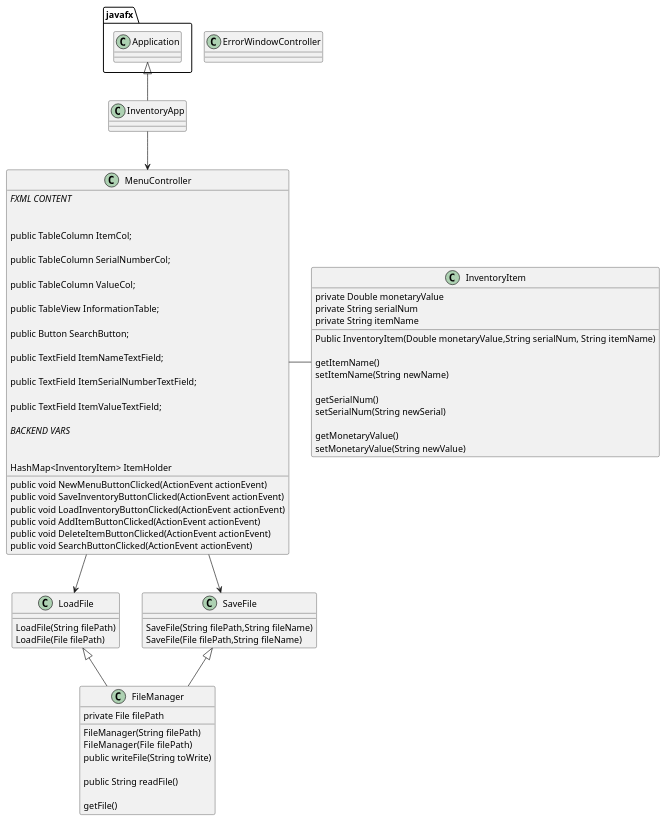
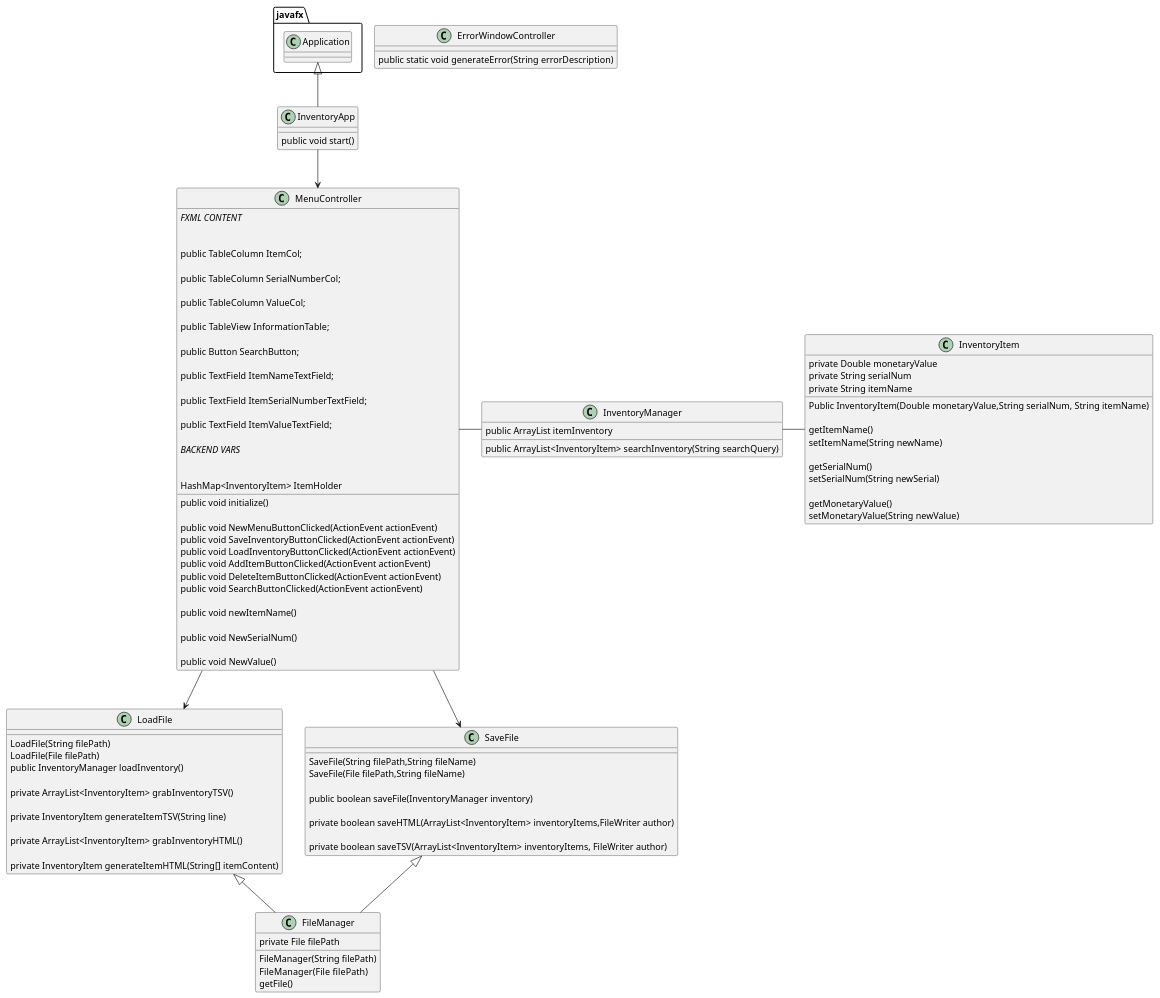
One commit to KevinKant210/Kant-6125-a5 changed the diagram in UML Diagram/Class Structures.puml. Above: the diagram before and after it, drawn with PlantUML. The commit also changed 5 other files, not shown here.

```diff
--- a/UML Diagram/Class Structures.puml
+++ b/UML Diagram/Class Structures.puml
@@ -1,124 +1,150 @@
 @startuml
 'https://plantuml.com/class-diagram
 
-class InventoryApp
+class InventoryApp{
+    public void start()
+}
 
-class ErrorWindowController
+class ErrorWindowController{
+    public static void generateError(String errorDescription)
+}
 
+class InventoryManager{
+    public ArrayList itemInventory
 
+    public ArrayList<InventoryItem> searchInventory(String searchQuery)
+}
 
 
 class MenuController{
         //FXML CONTENT//
 
 
         public TableColumn ItemCol;
 
         public TableColumn SerialNumberCol;
 
         public TableColumn ValueCol;
 
         public TableView InformationTable;
 
         public Button SearchButton;
 
         public TextField ItemNameTextField;
 
         public TextField ItemSerialNumberTextField;
 
         public TextField ItemValueTextField;
 
         //BACKEND VARS//
 
 
      HashMap<InventoryItem> ItemHolder
 
-
+    public void initialize()
 
      public void NewMenuButtonClicked(ActionEvent actionEvent)
 
 
      public void SaveInventoryButtonClicked(ActionEvent actionEvent)
 
 
      public void LoadInventoryButtonClicked(ActionEvent actionEvent)
 
 
      public void AddItemButtonClicked(ActionEvent actionEvent)
 
 
      public void DeleteItemButtonClicked(ActionEvent actionEvent)
 
 
      public void SearchButtonClicked(ActionEvent actionEvent)
+
+     public void newItemName()
+
+     public void NewSerialNum()
+
+     public void NewValue()
 
 }
 
 class InventoryItem{
    private Double monetaryValue
    private String serialNum
    private String itemName
 
    Public InventoryItem(Double monetaryValue,String serialNum, String itemName)
 
    getItemName()
    setItemName(String newName)
 
    getSerialNum()
    setSerialNum(String newSerial)
 
    getMonetaryValue()
    setMonetaryValue(String newValue)
 
 }
 
  class FileManager{
     private File filePath
 
     FileManager(String filePath)
     FileManager(File  filePath)
 
 
-    public writeFile(String toWrite)
 
-    public String readFile()
 
     getFile()
 
 }
 
 class LoadFile{
 
     LoadFile(String filePath)
     LoadFile(File filePath)
 
+
+    public InventoryManager loadInventory()
+
+    private ArrayList<InventoryItem> grabInventoryTSV()
+
+    private InventoryItem generateItemTSV(String line)
+
+    private ArrayList<InventoryItem> grabInventoryHTML()
+
+    private InventoryItem generateItemHTML(String[] itemContent)
 
 
 
 
 }
 
 class SaveFile{
 
 
   SaveFile(String filePath,String fileName)
   SaveFile(File filePath,String fileName)
 
+   public boolean saveFile(InventoryManager inventory)
 
+    private boolean saveHTML(ArrayList<InventoryItem> inventoryItems,FileWriter author)
 
-
+    private boolean saveTSV(ArrayList<InventoryItem> inventoryItems, FileWriter author)
 }
 
 
 javafx.Application <|-- InventoryApp
 LoadFile <|-- FileManager
 SaveFile <|-- FileManager
 
 InventoryApp --> MenuController
 
 
 MenuController--> LoadFile
 MenuController-->SaveFile
 
-MenuController-InventoryItem
+MenuController-InventoryManager
+InventoryManager-InventoryItem
+
 @enduml
```
